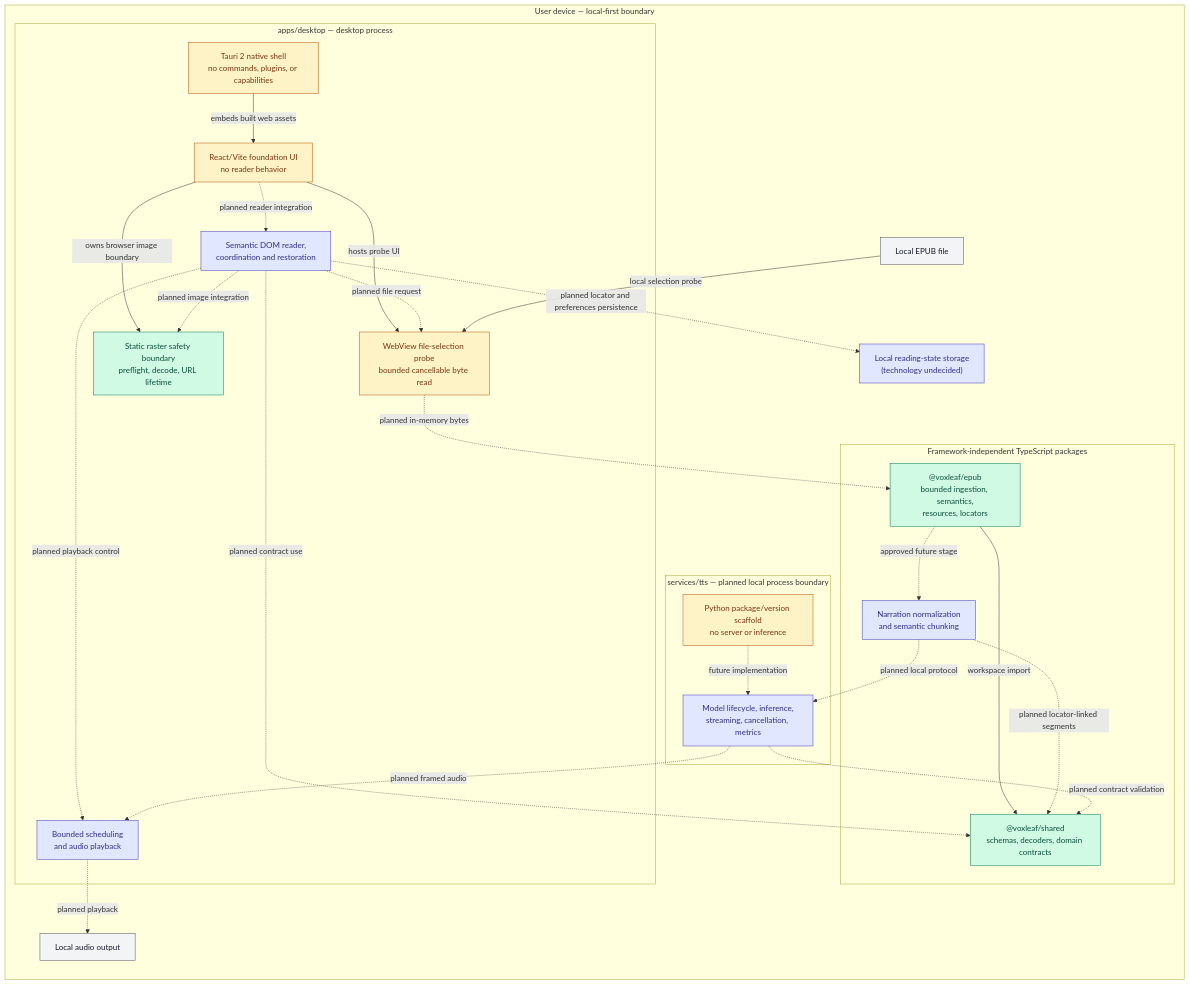
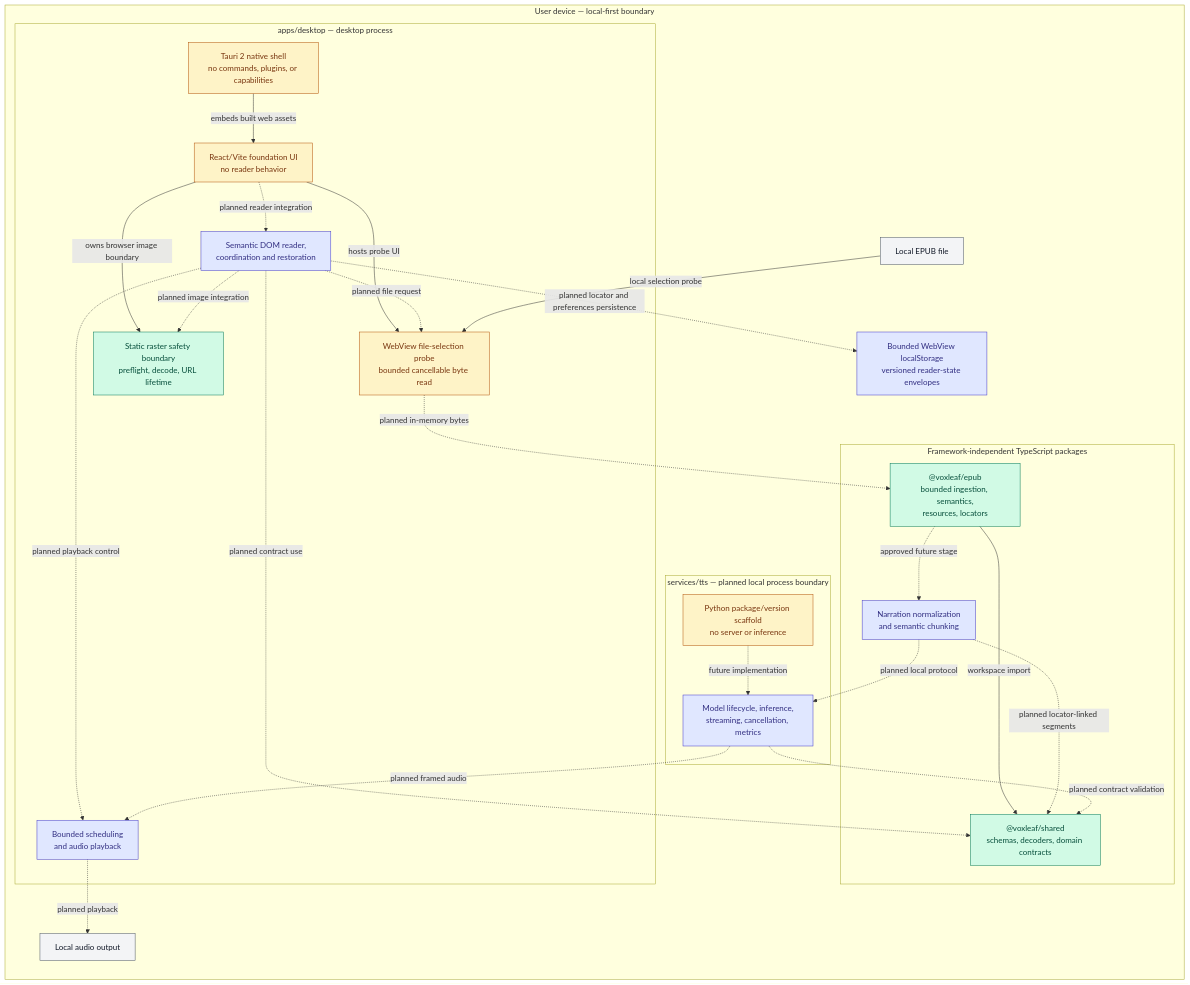
The first of 2 diagrams in docs/architecture/system-diagram.md (mmjosedaniel/voxleaf), drawn with Mermaid before and after one commit. The commit also changed other lines of this file and 5 other files, not shown here.

````diff
--- a/docs/architecture/system-diagram.md
+++ b/docs/architecture/system-diagram.md
@@ -24,53 +24,53 @@
 ```mermaid
 flowchart LR
   classDef implemented fill:#d1fae5,stroke:#047857,color:#064e3b
   classDef partial fill:#fef3c7,stroke:#b45309,color:#78350f
   classDef planned fill:#e0e7ff,stroke:#4338ca,color:#312e81
   classDef external fill:#f3f4f6,stroke:#4b5563,color:#111827
 
   subgraph device["User device — local-first boundary"]
     epubFile["Local EPUB file"]:::external
     audioDevice["Local audio output"]:::external
-    readingStore["Local reading-state storage<br/>(technology undecided)"]:::planned
+    readingStore["Bounded WebView localStorage<br/>versioned reader-state envelopes"]:::planned
 
     subgraph desktop["apps/desktop — desktop process"]
       nativeShell["Tauri 2 native shell<br/>no commands, plugins, or capabilities"]:::partial
       webShell["React/Vite foundation UI<br/>no reader behavior"]:::partial
       fileBoundary["WebView file-selection probe<br/>bounded cancellable byte read"]:::partial
       rasterBoundary["Static raster safety boundary<br/>preflight, decode, URL lifetime"]:::implemented
       reader["Semantic DOM reader,<br/>coordination and restoration"]:::planned
       player["Bounded scheduling<br/>and audio playback"]:::planned
       nativeShell -->|embeds built web assets| webShell
       webShell -->|hosts probe UI| fileBoundary
       webShell -->|owns browser image boundary| rasterBoundary
       webShell -. planned reader integration .-> reader
       reader -. planned file request .-> fileBoundary
       reader -. planned image integration .-> rasterBoundary
       reader -. planned playback control .-> player
     end
 
     subgraph libraries["Framework-independent TypeScript packages"]
       shared["@voxleaf/shared<br/>schemas, decoders, domain contracts"]:::implemented
       epub["@voxleaf/epub<br/>bounded ingestion, semantics,<br/>resources, locators"]:::implemented
       narration["Narration normalization<br/>and semantic chunking"]:::planned
       epub -->|workspace import| shared
       epub -. approved future stage .-> narration
     end
 
     subgraph tts["services/tts — planned local process boundary"]
       ttsFoundation["Python package/version scaffold<br/>no server or inference"]:::partial
       ttsRuntime["Model lifecycle, inference,<br/>streaming, cancellation, metrics"]:::planned
       ttsFoundation -. future implementation .-> ttsRuntime
     end
   end
 
   epubFile -->|local selection probe| fileBoundary
   fileBoundary -. planned in-memory bytes .-> epub
   reader -. planned contract use .-> shared
   reader -. planned locator and preferences persistence .-> readingStore
   narration -. planned locator-linked segments .-> shared
   narration -. planned local protocol .-> ttsRuntime
   ttsRuntime -. planned contract validation .-> shared
   ttsRuntime -. planned framed audio .-> player
   player -. planned playback .-> audioDevice
 ```
````
